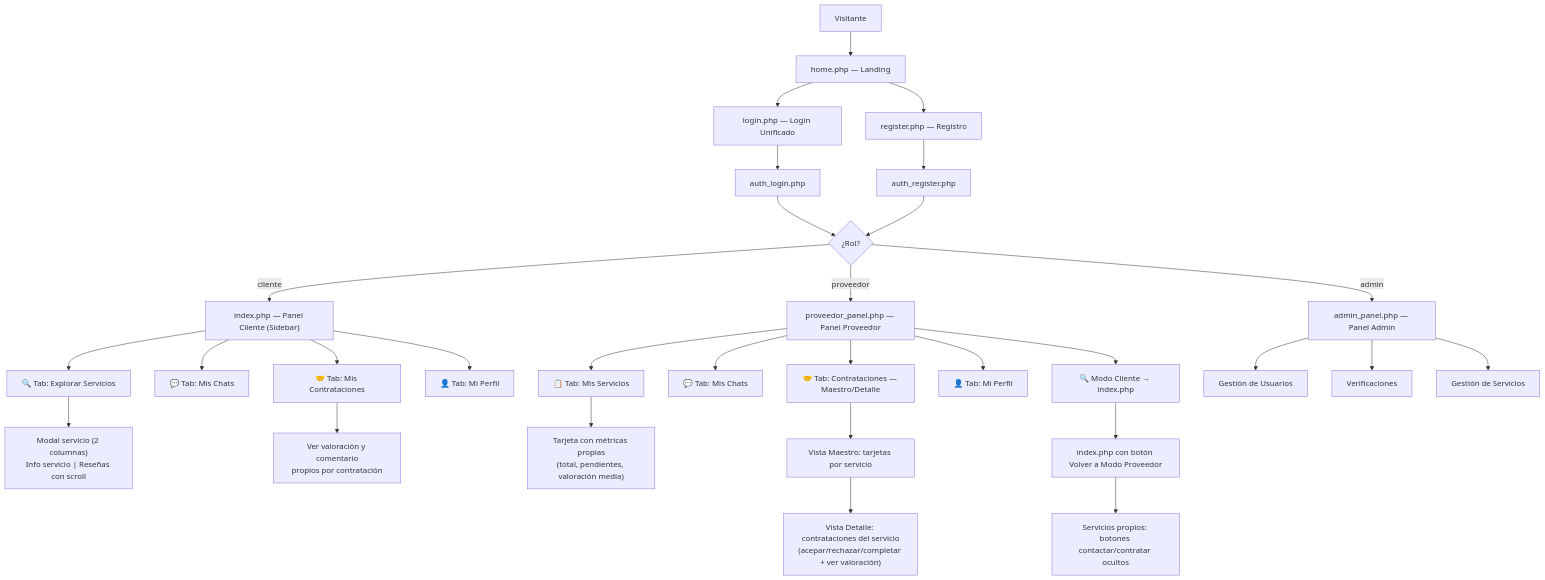
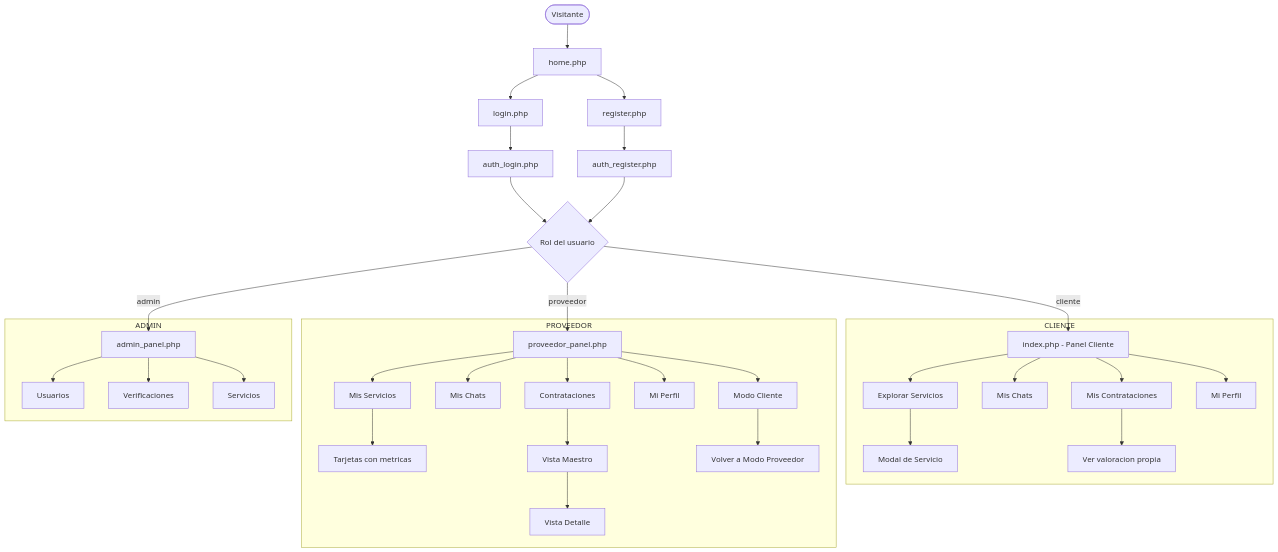
Before and after one commit to Hugin-Devs/Proyecto: the diagram in docs/analisis_sistema_servijob.md, drawn with Mermaid. The commit also changed 4 other files, not shown here.

````diff
--- a/docs/analisis_sistema_servijob.md
+++ b/docs/analisis_sistema_servijob.md
@@ -180,38 +180,41 @@
 ```mermaid
 flowchart TD
-    A[Visitante] --> B[home.php — Landing]
-    B --> C[login.php — Login Unificado]
-    B --> D[register.php — Registro]
+    A([Visitante]) --> B[home.php]
+    B --> C[login.php]
+    B --> D[register.php]
     C --> E[auth_login.php]
     D --> F[auth_register.php]
-    E --> G{¿Rol?}
+    E --> G{Rol del usuario}
     F --> G
 
-    G -->|cliente| H["index.php — Panel Cliente (Sidebar)"]
-    G -->|proveedor| I[proveedor_panel.php — Panel Proveedor]
-    G -->|admin| J[admin_panel.php — Panel Admin]
+    G -->|cliente| H[index.php - Panel Cliente]
+    G -->|proveedor| I[proveedor_panel.php]
+    G -->|admin| J[admin_panel.php]
 
-    H --> H1[🔍 Tab: Explorar Servicios]
-    H --> H2[💬 Tab: Mis Chats]
-    H --> H3[🤝 Tab: Mis Contrataciones]
-    H --> H4[👤 Tab: Mi Perfil]
+    subgraph CLIENTE
+        H --> H1[Explorar Servicios]
+        H --> H2[Mis Chats]
+        H --> H3[Mis Contrataciones]
+        H --> H4[Mi Perfil]
+        H1 --> H1a[Modal de Servicio]
+        H3 --> H3a[Ver valoracion propia]
+    end
 
-    H1 --> H1a["Modal servicio (2 columnas)\nInfo servicio | Reseñas con scroll"]
-    H3 --> H3a["Ver valoración y comentario\npropios por contratación"]
+    subgraph PROVEEDOR
+        I --> I1[Mis Servicios]
+        I --> I2[Mis Chats]
+        I --> I3[Contrataciones]
+        I --> I4[Mi Perfil]
+        I --> I5[Modo Cliente]
+        I1 --> I1a[Tarjetas con metricas]
+        I3 --> I3a[Vista Maestro]
+        I3a --> I3b[Vista Detalle]
+        I5 --> I5a[Volver a Modo Proveedor]
+    end
 
-    I --> I1[📋 Tab: Mis Servicios]
-    I --> I2[💬 Tab: Mis Chats]
-    I --> I3[🤝 Tab: Contrataciones — Maestro/Detalle]
-    I --> I4[👤 Tab: Mi Perfil]
-    I --> I5["🔍 Modo Cliente → index.php"]
-
-    I1 --> I1a["Tarjeta con métricas propias\n(total, pendientes, valoración media)"]
-    I3 --> I3a["Vista Maestro: tarjetas por servicio"]
-    I3a --> I3b["Vista Detalle: contrataciones del servicio\n(acepar/rechazar/completar + ver valoración)"]
-    I5 --> I5a["index.php con botón Volver a Modo Proveedor"]
-    I5a --> I5b["Servicios propios: botones contactar/contratar ocultos"]
-
-    J --> J1[Gestión de Usuarios]
-    J --> J2[Verificaciones]
-    J --> J3[Gestión de Servicios]
+    subgraph ADMIN
+        J --> J1[Usuarios]
+        J --> J2[Verificaciones]
+        J --> J3[Servicios]
+    end
 ```
````
